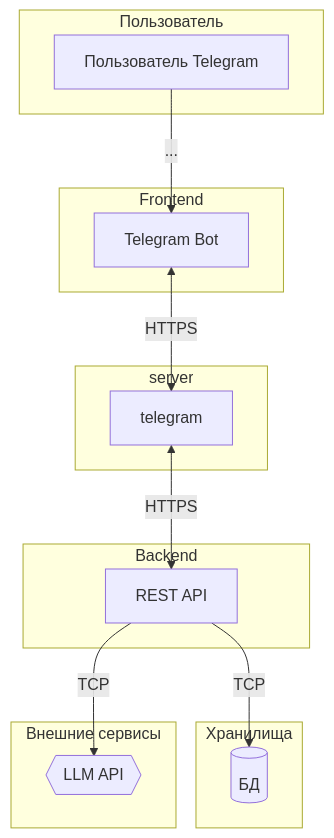
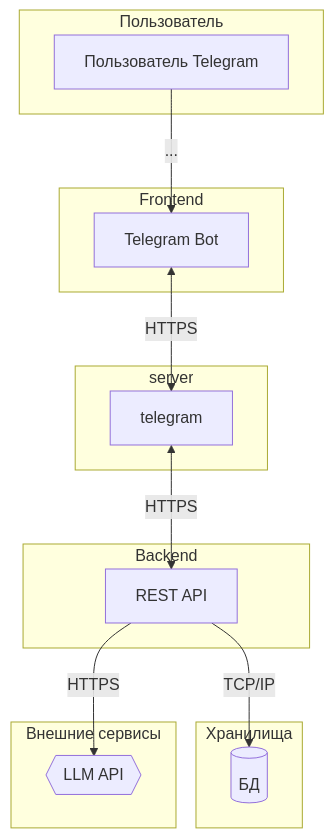
One commit to patolog123/Analyst-3.0 changed the diagram in Анастасия_Друзьянова/architect.MD. Above: the diagram before and after it, drawn with Mermaid.

````diff
--- a/Анастасия_Друзьянова/architect.MD
+++ b/Анастасия_Друзьянова/architect.MD
@@ -1,33 +1,33 @@
 ```mermaid
 graph TD
     subgraph "Пользователь"
         A[Пользователь Telegram]
     end
 
     subgraph "Frontend"
         B[Telegram Bot]
     end
     
     subgraph "server"
         C[telegram]
     end
 
     subgraph "Backend"
         D[REST API]
     end
 
     subgraph "Хранилища"
         E[(БД)]
     end
 
     subgraph "Внешние сервисы"
         F{{LLM API}}
     end
 
     %% Связи между компонентами
     A -- ... --> B
     B <-- HTTPS --> C
     C <-- HTTPS --> D
-    D -- TCP --> E
-    D -- TCP --> F
+    D -- TCP/IP --> E
+    D -- HTTPS --> F
 ```
````
